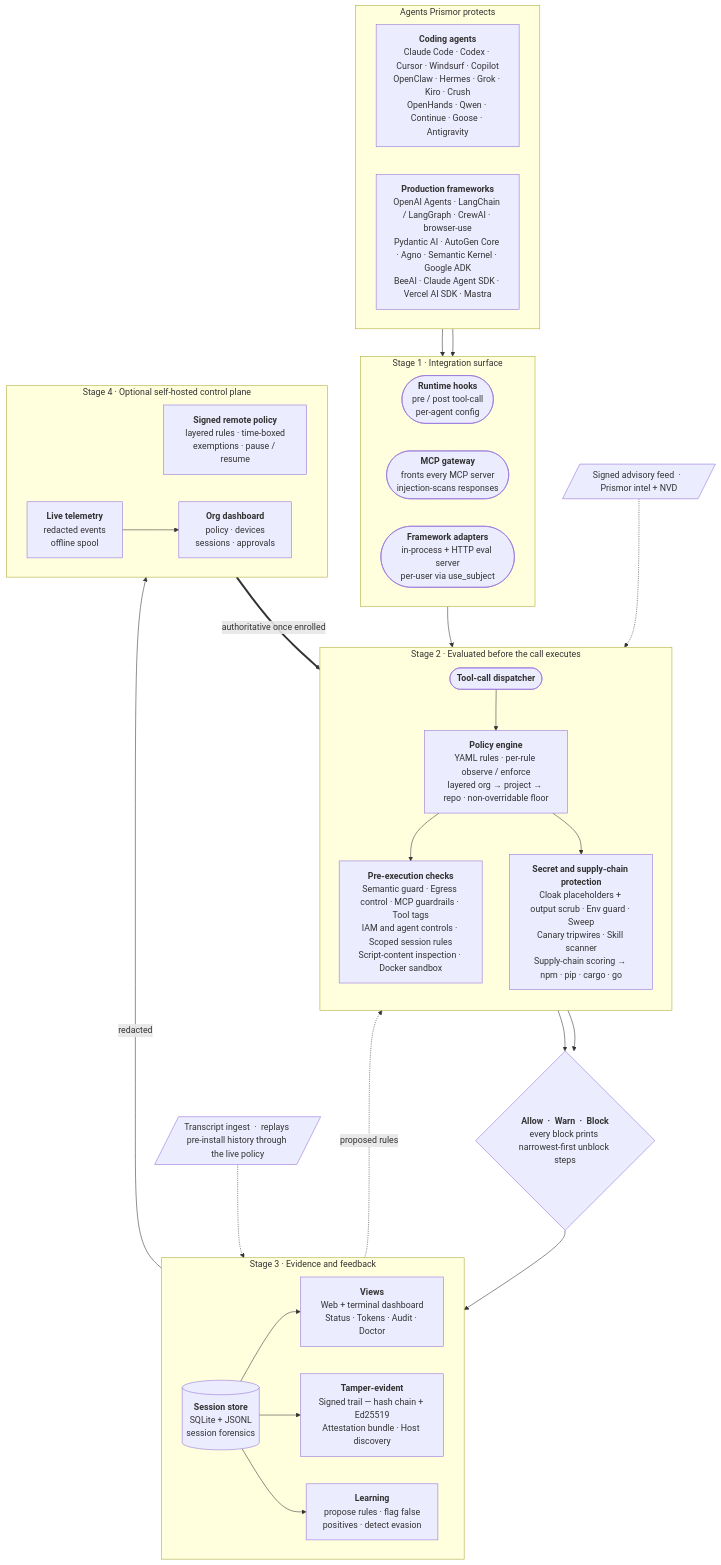
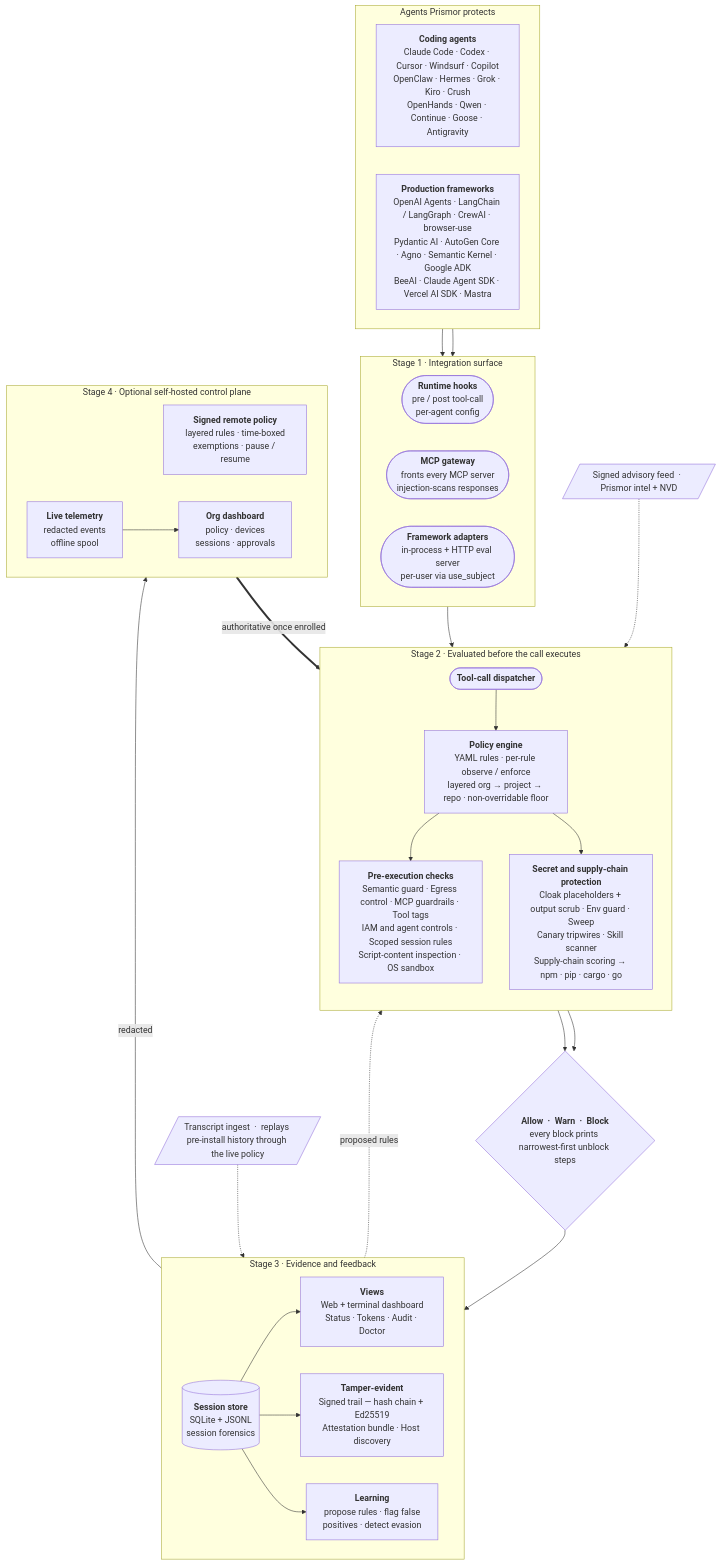
The diagram in README.md (PrismorSec/prismor), drawn with Mermaid before and after one commit. The commit also changed other lines of this file and 23 other files, not shown here.

````diff
--- a/README.md
+++ b/README.md
@@ -228,69 +229,69 @@
 ```mermaid
 flowchart TD
 
 %% ── sources ────────────────────────────────────────────────
 subgraph SRC["Agents Prismor protects"]
     direction LR
     AC["<b>Coding agents</b><br/>Claude Code · Codex · Cursor · Windsurf · Copilot<br/>OpenClaw · Hermes · Grok · Kiro · Crush<br/>OpenHands · Qwen · Continue · Goose · Antigravity"]
     AF["<b>Production frameworks</b><br/>OpenAI Agents · LangChain / LangGraph · CrewAI · browser-use<br/>Pydantic AI · AutoGen Core · Agno · Semantic Kernel · Google ADK<br/>BeeAI · Claude Agent SDK · Vercel AI SDK · Mastra"]
 end
 
 %% ── stage 1 ────────────────────────────────────────────────
 subgraph ENTRY["Stage 1  ·  Integration surface"]
     direction LR
     H(["<b>Runtime hooks</b><br/>pre / post tool-call<br/>per-agent config"])
     G(["<b>MCP gateway</b><br/>fronts every MCP server<br/>injection-scans responses"])
     F(["<b>Framework adapters</b><br/>in-process + HTTP eval server<br/>per-user via use_subject"])
 end
 
 %% ── stage 2 ────────────────────────────────────────────────
 subgraph EVAL["Stage 2  ·  Evaluated before the call executes"]
     direction TB
     D(["<b>Tool-call dispatcher</b>"])
     P["<b>Policy engine</b><br/>YAML rules · per-rule observe / enforce<br/>layered org → project → repo · non-overridable floor"]
-    CHK["<b>Pre-execution checks</b><br/>Semantic guard · Egress control · MCP guardrails · Tool tags<br/>IAM and agent controls · Scoped session rules<br/>Script-content inspection · Docker sandbox"]
+    CHK["<b>Pre-execution checks</b><br/>Semantic guard · Egress control · MCP guardrails · Tool tags<br/>IAM and agent controls · Scoped session rules<br/>Script-content inspection · OS sandbox"]
     SEC["<b>Secret and supply-chain protection</b><br/>Cloak placeholders + output scrub · Env guard · Sweep<br/>Canary tripwires · Skill scanner<br/>Supply-chain scoring → npm · pip · cargo · go"]
 end
 
 FEED[/"Signed advisory feed  ·  Prismor intel + NVD"/]
 V{"<b>Allow  ·  Warn  ·  Block</b><br/>every block prints narrowest-first unblock steps"}
 
 %% ── stage 3 ────────────────────────────────────────────────
 subgraph EV["Stage 3  ·  Evidence and feedback"]
     direction LR
     ST[("<b>Session store</b><br/>SQLite + JSONL<br/>session forensics")]
     VIEW["<b>Views</b><br/>Web + terminal dashboard<br/>Status · Tokens · Audit · Doctor"]
     PROOF["<b>Tamper-evident</b><br/>Signed trail — hash chain + Ed25519<br/>Attestation bundle · Host discovery"]
     LEARN["<b>Learning</b><br/>propose rules · flag false<br/>positives · detect evasion"]
 end
 
 PAST[/"Transcript ingest  ·  replays pre-install history through the live policy"/]
 
 %% ── stage 4 ────────────────────────────────────────────────
 subgraph ORG["Stage 4  ·  Optional self-hosted control plane"]
     direction LR
     RP["<b>Signed remote policy</b><br/>layered rules · time-boxed<br/>exemptions · pause / resume"]
     TEL["<b>Live telemetry</b><br/>redacted events<br/>offline spool"]
     OD["<b>Org dashboard</b><br/>policy · devices<br/>sessions · approvals"]
 end
 
 %% ── flow ───────────────────────────────────────────────────
 AC --> ENTRY
 AF --> ENTRY
 ENTRY --> D
 D --> P
 P --> CHK
 P --> SEC
 FEED -.-> SEC
 CHK --> V
 SEC --> V
 V --> ST
 PAST -.-> ST
 ST --> VIEW
 ST --> PROOF
 ST --> LEARN
 LEARN -.->|"proposed rules"| P
 RP ==>|"authoritative once enrolled"| P
 ST -->|"redacted"| TEL
 TEL --> OD
 ```
````
